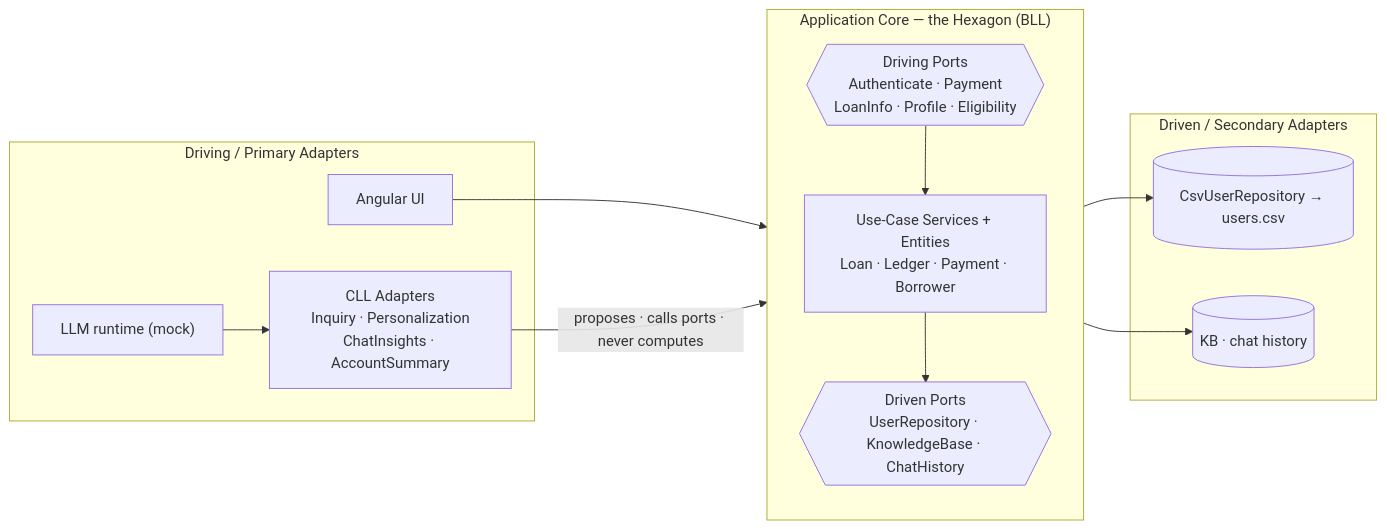
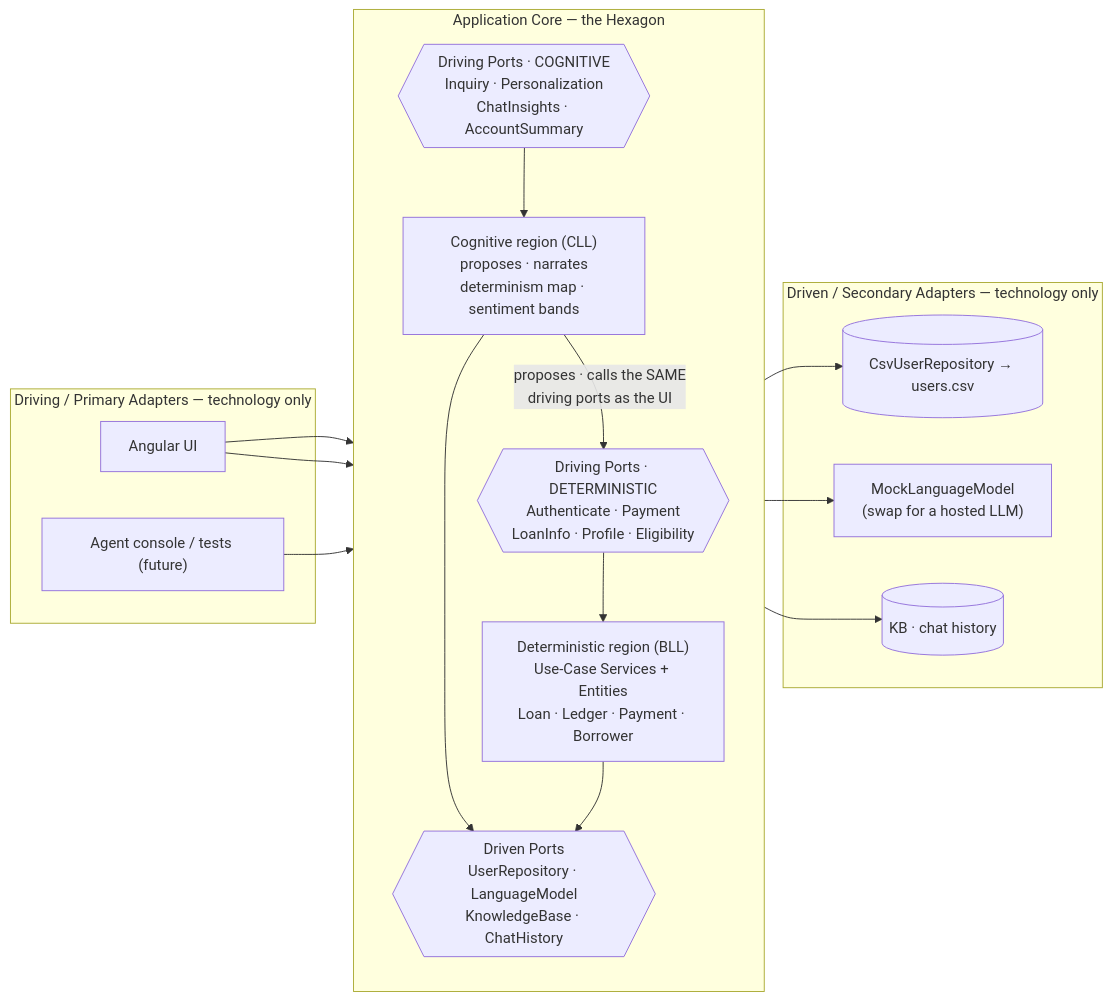
The sixth of 8 diagrams in documentation/plus_architecture.md (antongeorgescu/poc-plus-hexagonal-architecture), drawn with Mermaid before and after one commit. The commit also changed other lines of this file and 29 other files, not shown here.

Commit message:
added single mermaid visuals for the three kinds of architecture types

````diff
--- a/documentation/plus_architecture.md
+++ b/documentation/plus_architecture.md
@@ -220,24 +224,31 @@
 ```mermaid
 flowchart LR
-  subgraph PRI["Driving / Primary Adapters"]
+  subgraph PRI["Driving / Primary Adapters — technology only"]
     UIU["Angular UI"]
-    CLLA["CLL Adapters<br/>Inquiry · Personalization<br/>ChatInsights · AccountSummary"]
-    LLM["LLM runtime (mock)"]
-    LLM --> CLLA
+    AG["Agent console / tests (future)"]
   end
-  subgraph CORE["Application Core — the Hexagon (BLL)"]
+  subgraph CORE["Application Core — the Hexagon"]
     direction TB
-    DP{{"Driving Ports<br/>Authenticate · Payment<br/>LoanInfo · Profile · Eligibility"}}
-    UC["Use-Case Services + Entities<br/>Loan · Ledger · Payment · Borrower"]
-    DVP{{"Driven Ports<br/>UserRepository · KnowledgeBase · ChatHistory"}}
-    DP --> UC --> DVP
+    DPC{{"Driving Ports · COGNITIVE<br/>Inquiry · Personalization<br/>ChatInsights · AccountSummary"}}
+    CLLC["Cognitive region (CLL)<br/>proposes · narrates<br/>determinism map · sentiment bands"]
+    DPB{{"Driving Ports · DETERMINISTIC<br/>Authenticate · Payment<br/>LoanInfo · Profile · Eligibility"}}
+    UC["Deterministic region (BLL)<br/>Use-Case Services + Entities<br/>Loan · Ledger · Payment · Borrower"]
+    DVP{{"Driven Ports<br/>UserRepository · LanguageModel<br/>KnowledgeBase · ChatHistory"}}
+    DPC --> CLLC
+    CLLC -->|"proposes · calls the SAME<br/>driving ports as the UI"| DPB
+    DPB --> UC
+    CLLC --> DVP
+    UC --> DVP
   end
-  subgraph SEC["Driven / Secondary Adapters"]
+  subgraph SEC["Driven / Secondary Adapters — technology only"]
     DBX[("CsvUserRepository → users.csv")]
+    LLMX["MockLanguageModel<br/>(swap for a hosted LLM)"]
     KBX[("KB · chat history")]
   end
-  UIU --> DP
-  CLLA -->|"proposes · calls ports · never computes"| DP
+  UIU --> DPC
+  UIU --> DPB
+  AG --> DPB
   DVP --> DBX
+  DVP --> LLMX
   DVP --> KBX
 ```
````
